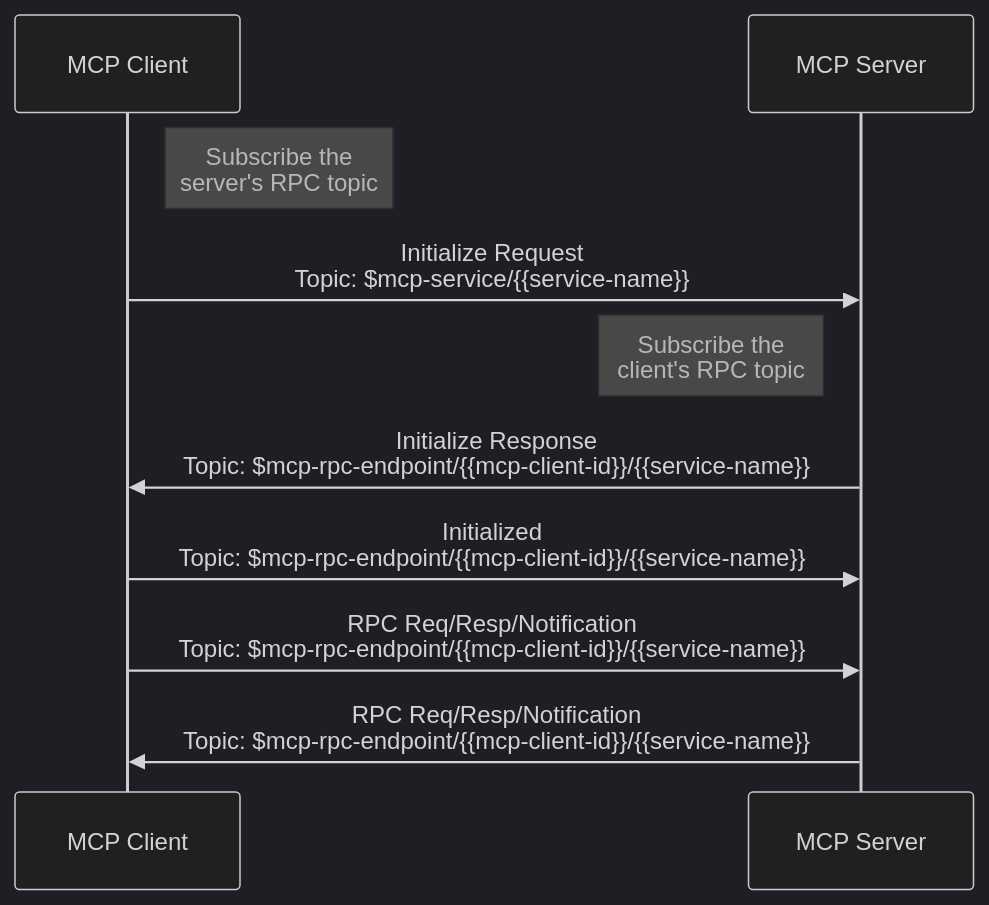
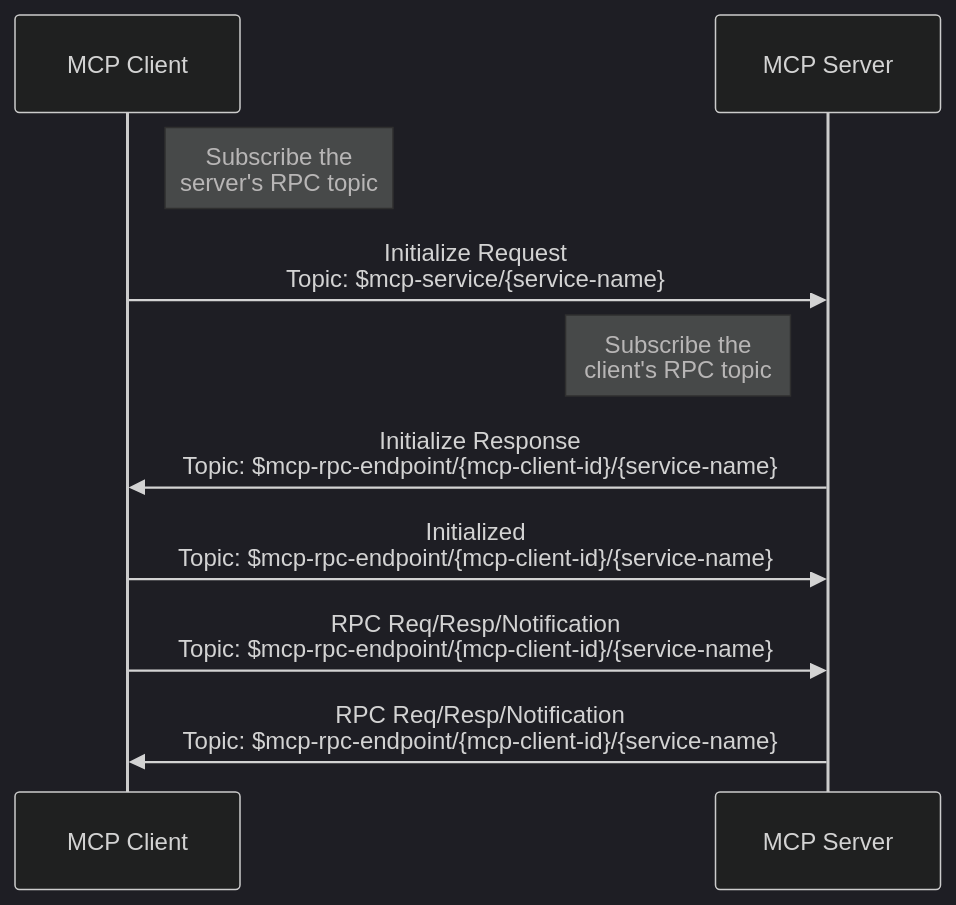
The second of 4 diagrams in mcp/specification/2025-03-26/basic/mqtt_transport.md (xiaokunzhang/mcp-over-mqtt-site), drawn with Mermaid (dark theme) before and after one commit. The commit also changed other lines of this file and 4 other files, not shown here.

Commit message:
Separate the architecture page

````diff
--- a/mcp/specification/2025-03-26/basic/mqtt_transport.md
+++ b/mcp/specification/2025-03-26/basic/mqtt_transport.md
@@ -223,13 +207,13 @@
 ```mermaid
 sequenceDiagram
   participant MCP_Client as MCP Client
   participant MCP_Server as MCP Server
 
   Note right of MCP_Client: Subscribe the<br/>server's RPC topic
-  MCP_Client ->> MCP_Server: Initialize Request<br/>Topic: $mcp-service/{{service-name}}
+  MCP_Client ->> MCP_Server: Initialize Request<br/>Topic: $mcp-service/{service-name}
   Note left of MCP_Server: Subscribe the<br/>client's RPC topic
-  MCP_Server ->> MCP_Client: Initialize Response<br/>Topic: $mcp-rpc-endpoint/{{mcp-client-id}}/{{service-name}}
-  MCP_Client ->> MCP_Server: Initialized<br/>Topic: $mcp-rpc-endpoint/{{mcp-client-id}}/{{service-name}}
-  MCP_Client ->> MCP_Server: RPC Req/Resp/Notification<br/>Topic: $mcp-rpc-endpoint/{{mcp-client-id}}/{{service-name}}
-  MCP_Server ->> MCP_Client: RPC Req/Resp/Notification<br/>Topic: $mcp-rpc-endpoint/{{mcp-client-id}}/{{service-name}}
+  MCP_Server ->> MCP_Client: Initialize Response<br/>Topic: $mcp-rpc-endpoint/{mcp-client-id}/{service-name}
+  MCP_Client ->> MCP_Server: Initialized<br/>Topic: $mcp-rpc-endpoint/{mcp-client-id}/{service-name}
+  MCP_Client ->> MCP_Server: RPC Req/Resp/Notification<br/>Topic: $mcp-rpc-endpoint/{mcp-client-id}/{service-name}
+  MCP_Server ->> MCP_Client: RPC Req/Resp/Notification<br/>Topic: $mcp-rpc-endpoint/{mcp-client-id}/{service-name}
 ```
````
